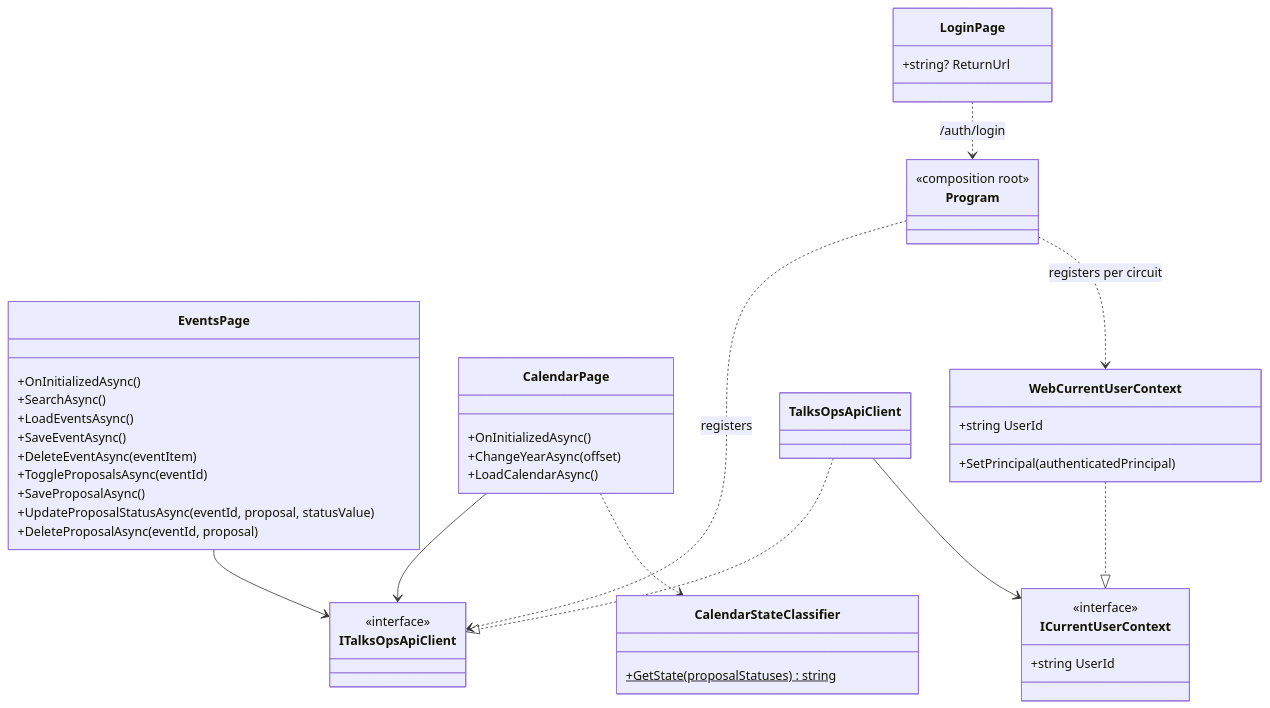
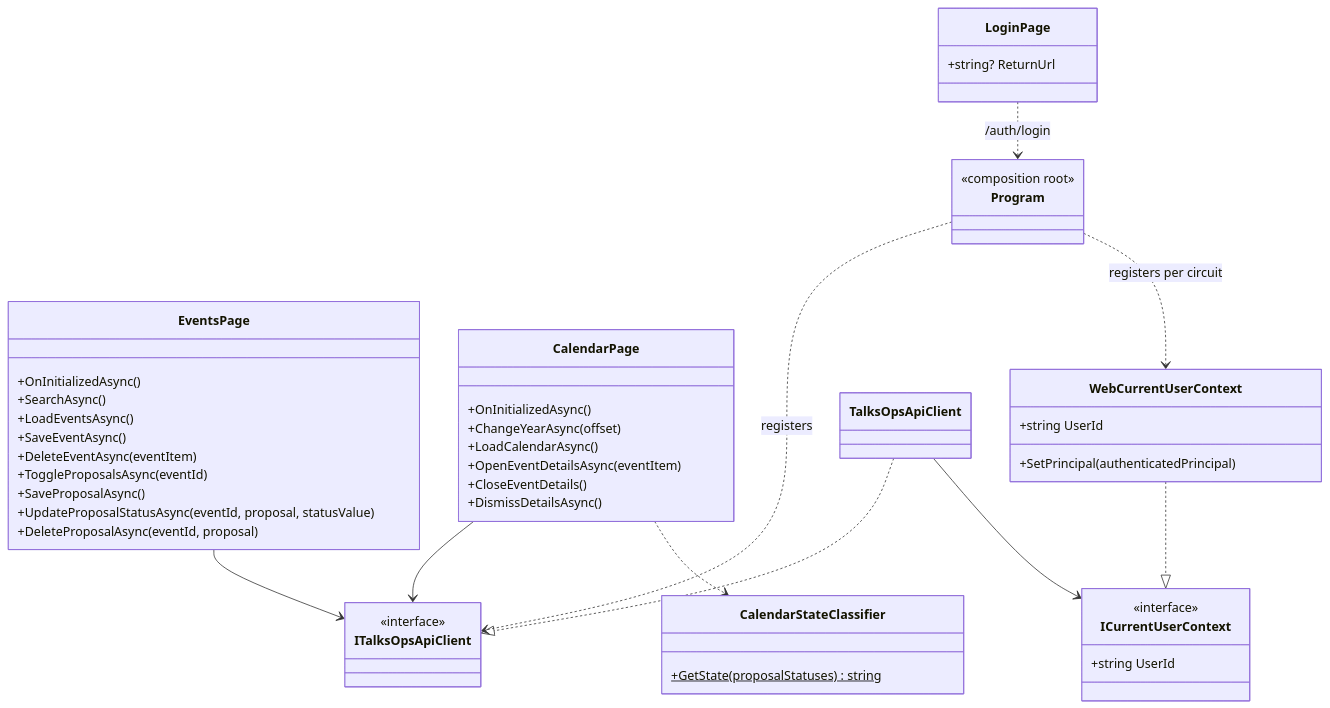
One commit to massimobonanni/TalksOps changed the diagram in src/TalksOps.Web/README.md. Above: the diagram before and after it, drawn with Mermaid. The commit also changed other lines of this file and 4 other files, not shown here.

Commit message:
feat: Implement event details dialog with loading states and error handling

````diff
--- a/src/TalksOps.Web/README.md
+++ b/src/TalksOps.Web/README.md
@@ -7,50 +7,53 @@
 ```mermaid
 classDiagram
     class Program {
         <<composition root>>
     }
     class EventsPage {
         +OnInitializedAsync()
         +SearchAsync()
         +LoadEventsAsync()
         +SaveEventAsync()
         +DeleteEventAsync(eventItem)
         +ToggleProposalsAsync(eventId)
         +SaveProposalAsync()
         +UpdateProposalStatusAsync(eventId, proposal, statusValue)
         +DeleteProposalAsync(eventId, proposal)
     }
     class CalendarPage {
         +OnInitializedAsync()
         +ChangeYearAsync(offset)
         +LoadCalendarAsync()
+        +OpenEventDetailsAsync(eventItem)
+        +CloseEventDetails()
+        +DismissDetailsAsync()
     }
     class LoginPage {
         +string? ReturnUrl
     }
     class WebCurrentUserContext {
         +string UserId
         +SetPrincipal(authenticatedPrincipal)
     }
     class ICurrentUserContext {
         <<interface>>
         +string UserId
     }
     class ITalksOpsApiClient {
         <<interface>>
     }
     class TalksOpsApiClient
     class CalendarStateClassifier {
         +GetState(proposalStatuses)$ string
     }
 
     Program ..> ITalksOpsApiClient : registers
     Program ..> WebCurrentUserContext : registers per circuit
     WebCurrentUserContext ..|> ICurrentUserContext
     TalksOpsApiClient ..|> ITalksOpsApiClient
     TalksOpsApiClient --> ICurrentUserContext
     EventsPage --> ITalksOpsApiClient
     CalendarPage --> ITalksOpsApiClient
     CalendarPage ..> CalendarStateClassifier
     LoginPage ..> Program : /auth/login
 ```
````
